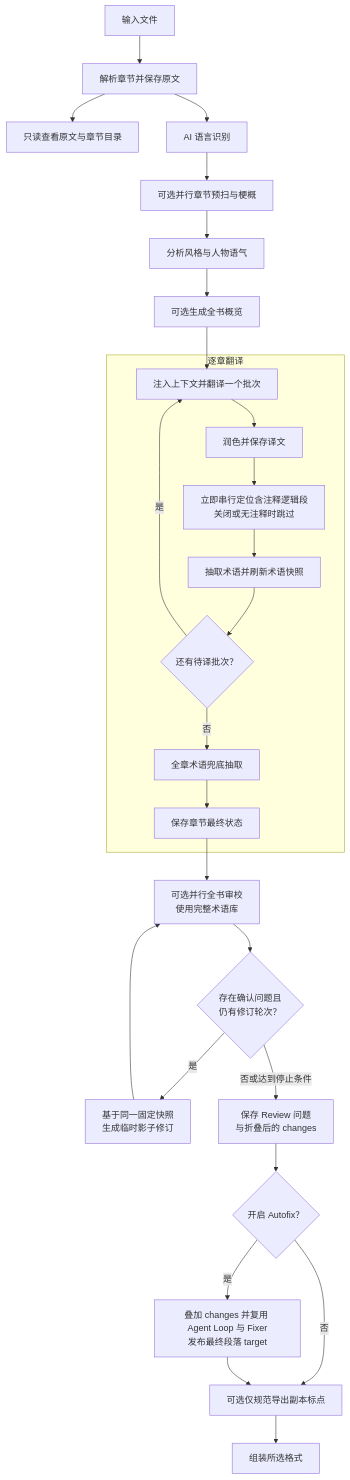
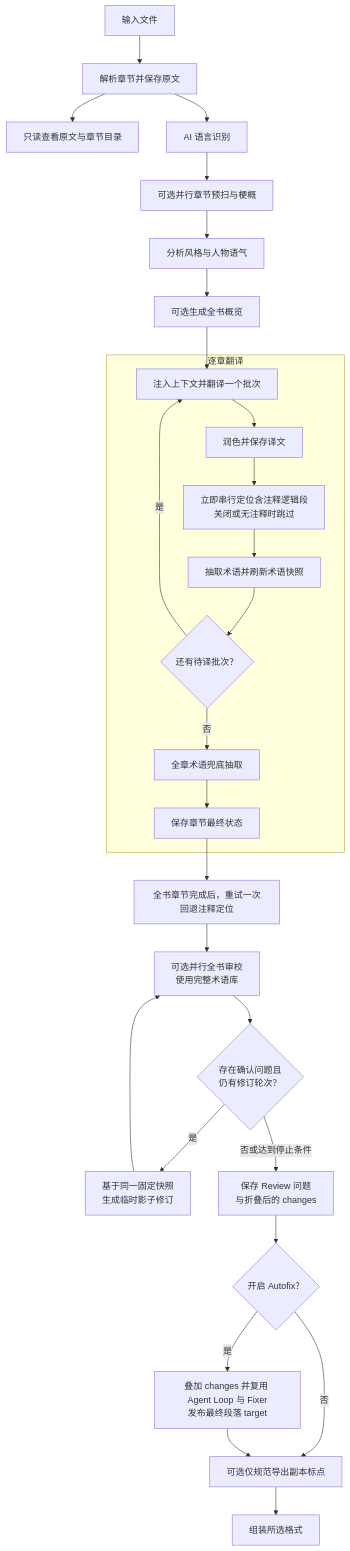
Before and after one commit to BigDawnGhost/wenyi: the first of 2 diagrams in docs/zh/pipeline.md, drawn with Mermaid. The commit also changed other lines of this file and 4 other files, not shown here.

````diff
--- a/docs/zh/pipeline.md
+++ b/docs/zh/pipeline.md
@@ -9,32 +9,33 @@
 ```mermaid
 flowchart TD
     A[输入文件] --> B["解析章节并保存原文"]
     B --> BV["只读查看原文与章节目录"]
     B --> BL["AI 语言识别"]
     BL --> C["可选并行章节预扫与梗概"]
     C --> D["分析风格与人物语气"]
     D --> DS[可选生成全书概览]
     DS --> E
 
     subgraph T[逐章翻译]
         E[注入上下文并翻译一个批次]
         E --> F[润色并保存译文]
         F --> FA[立即串行定位含注释逻辑段<br/>关闭或无注释时跳过]
         FA --> G[抽取术语并刷新术语快照]
         G --> H{还有待译批次？}
         H -- 是 --> E
         H -- 否 --> IB[全章术语兜底抽取]
         IB --> J[保存章节最终状态]
     end
 
-    J --> K[可选并行全书审校<br/>使用完整术语库]
+    J --> AR["全书章节完成后，重试一次回退注释定位"]
+    AR --> K[可选并行全书审校<br/>使用完整术语库]
     K --> N{存在确认问题且<br/>仍有修订轮次？}
     N -- 是 --> O[基于同一固定快照<br/>生成临时影子修订]
     O --> K
     N -- 否或达到停止条件 --> P[保存 Review 问题<br/>与折叠后的 changes]
     P --> Q{开启 Autofix？}
     Q -- 是 --> R[叠加 changes 并复用 Agent Loop 与 Fixer<br/>发布最终段落 target]
     Q -- 否 --> X[可选仅规范导出副本标点]
     R --> X
     X --> M[组装所选格式]
 ```
````
